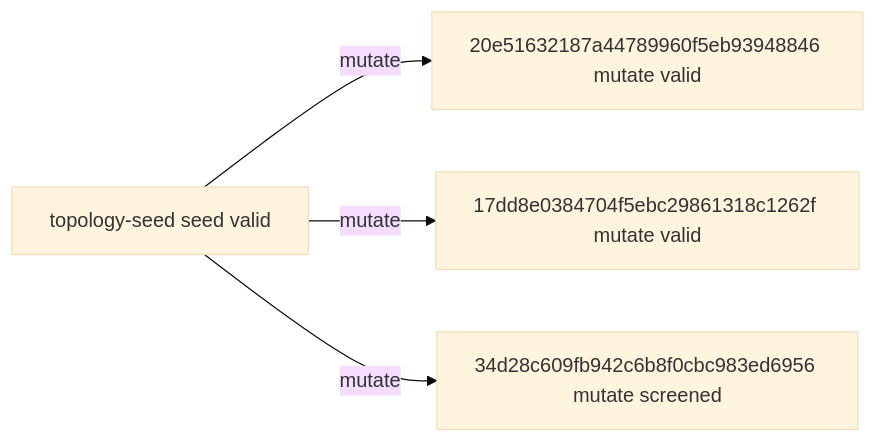
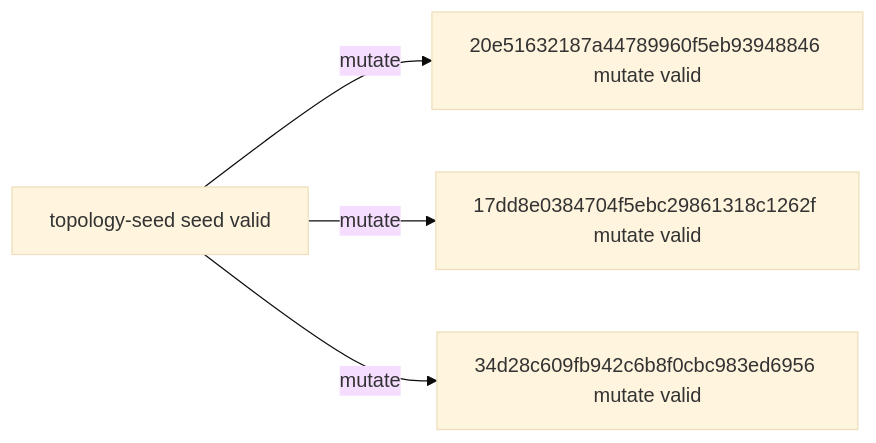
One commit to timbtz/feyer-search-lab changed the diagram in experiments/campaigns/topology-smac-v1/README.md. Above: the diagram before and after it, drawn with Mermaid (base theme). The commit also changed other lines of this file and 7 other files, not shown here.

````diff
--- a/experiments/campaigns/topology-smac-v1/README.md
+++ b/experiments/campaigns/topology-smac-v1/README.md
@@ -21,10 +21,10 @@
 ```mermaid
 graph LR
   n0["topology-seed seed valid"]
   n1["20e51632187a44789960f5eb93948846 mutate valid"]
   n2["17dd8e0384704f5ebc29861318c1262f mutate valid"]
-  n3["34d28c609fb942c6b8f0cbc983ed6956 mutate screened"]
+  n3["34d28c609fb942c6b8f0cbc983ed6956 mutate valid"]
   n0 -->|mutate| n1
   n0 -->|mutate| n2
   n0 -->|mutate| n3
 ```
````
